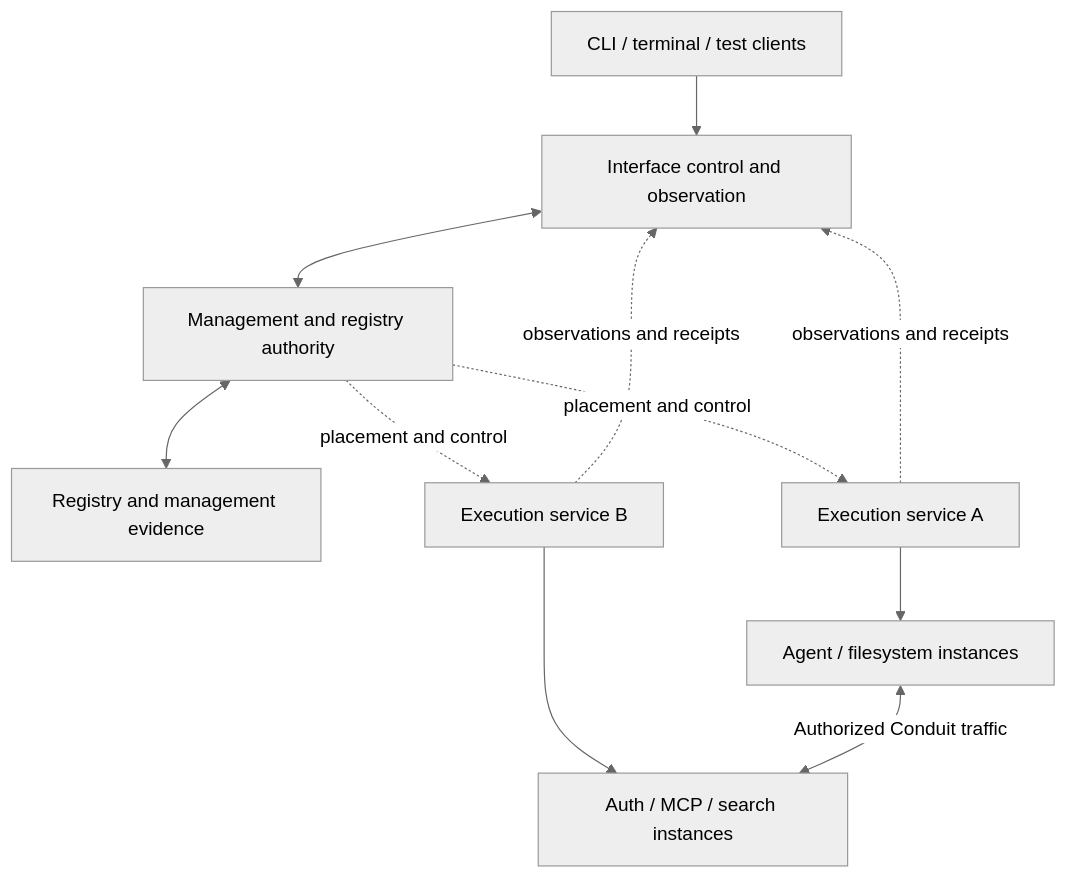
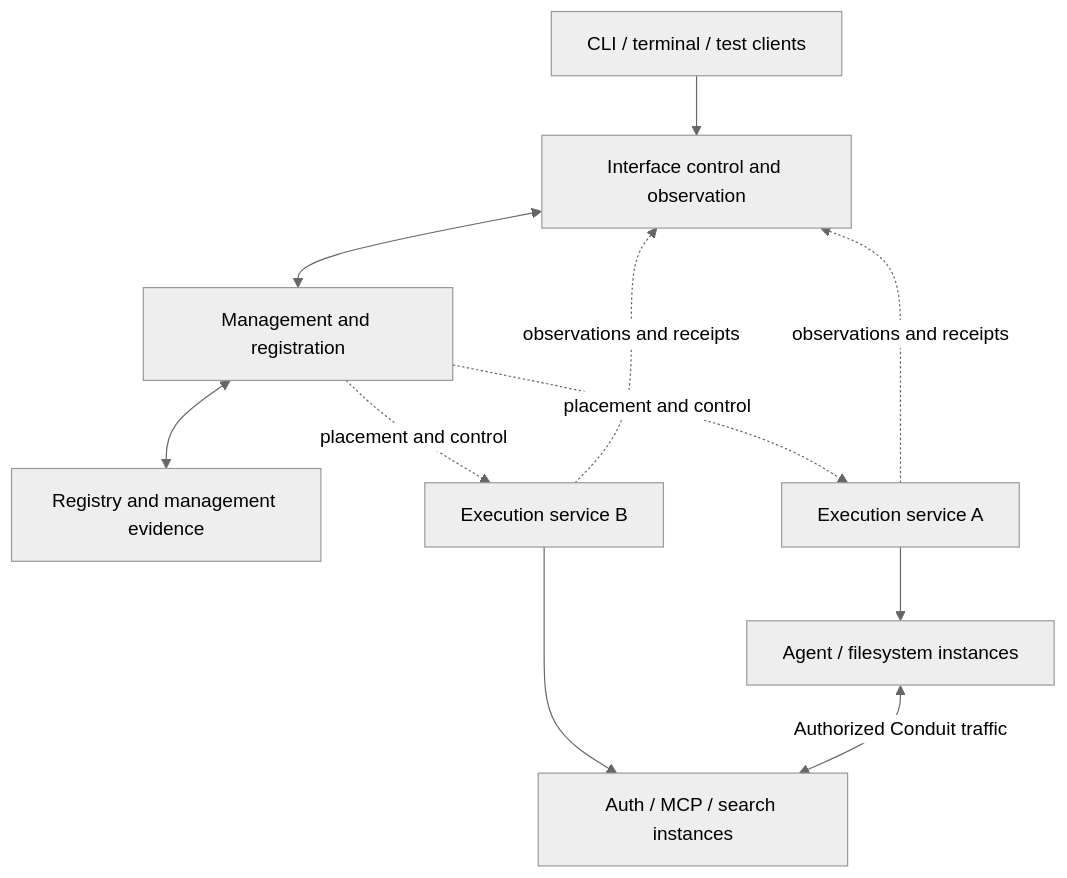
One commit to shrav-k/conduit changed the diagram in docs/proposals/implementation-v0/ARCHITECTURE.md. Above: the diagram before and after it, drawn with Mermaid (neutral theme). The commit also changed other lines of this file and 7 other files, not shown here.

````diff
--- a/docs/proposals/implementation-v0/ARCHITECTURE.md
+++ b/docs/proposals/implementation-v0/ARCHITECTURE.md
@@ -48,13 +48,13 @@
 ```mermaid
 flowchart TD
     C[CLI / terminal / test clients] --> I[Interface control and observation]
-    I <--> M[Management and registry authority]
+    I <--> M[Management and registration]
     M <--> S[Registry and management evidence]
     M -. placement and control .-> X[Execution service A]
     M -. placement and control .-> Y[Execution service B]
     X --> A[Agent / filesystem instances]
     Y --> R[Auth / MCP / search instances]
     A <-->|Authorized Conduit traffic| R
     X -. observations and receipts .-> I
     Y -. observations and receipts .-> I
 ```
````
